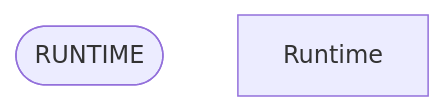
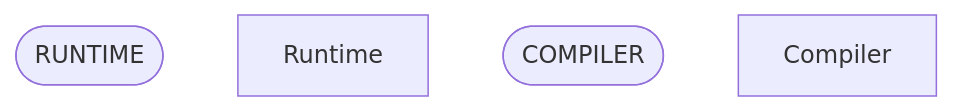
Before and after one commit to ruudkoot/rune: the ninth of 9 diagrams in docs/generated/basis/depends.md, drawn with Mermaid. The commit also changed other lines of this file and 128 other files, not shown here.

````diff
--- a/docs/generated/basis/depends.md
+++ b/docs/generated/basis/depends.md
@@ -430,5 +432,7 @@
 ```mermaid
 flowchart TD
   n85(["RUNTIME"])
   n86["Runtime"]
+  n87(["COMPILER"])
+  n88["Compiler"]
 ```
````
